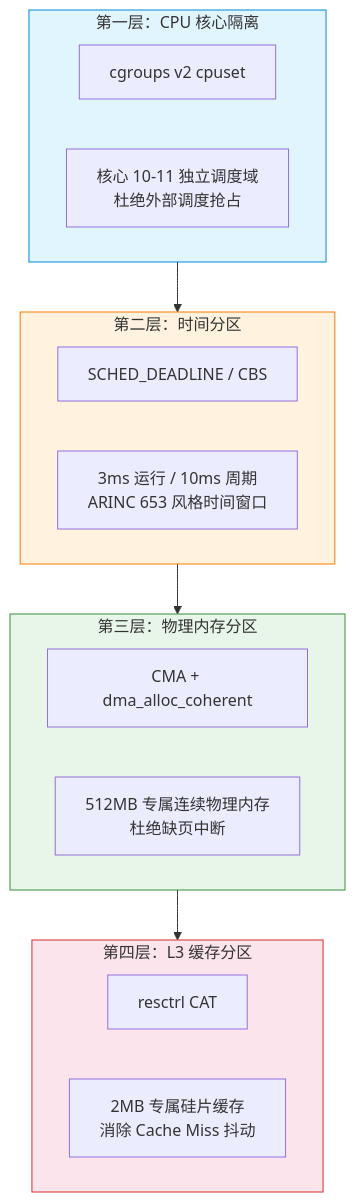
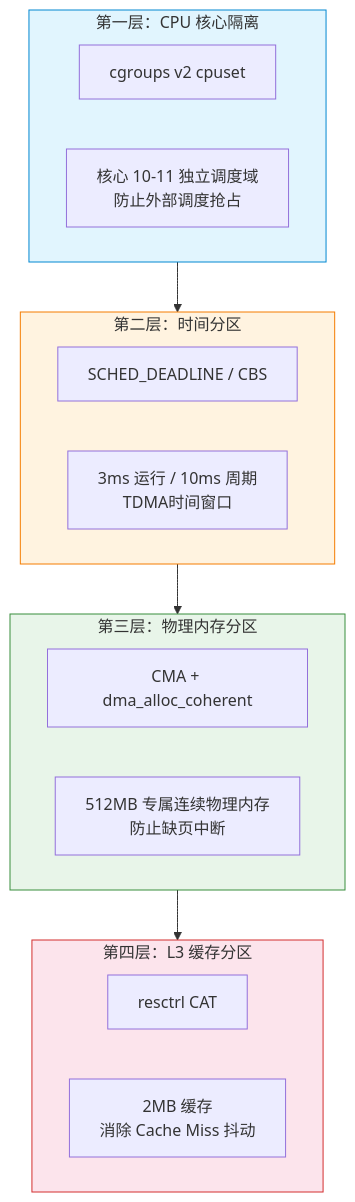
The diagram in README.md (ddegenerate/avionics-based-on-Linux), drawn with Mermaid before and after one commit.

````diff
--- a/README.md
+++ b/README.md
@@ -21,28 +21,28 @@
 ```mermaid
 graph TB
     subgraph L4["第四层：L3 缓存分区"]
         D1["resctrl CAT"]
-        D2["2MB 专属硅片缓存<br/>消除 Cache Miss 抖动"]
+        D2["2MB 缓存<br/>消除 Cache Miss 抖动"]
     end
 
     subgraph L3["第三层：物理内存分区"]
         C1["CMA + dma_alloc_coherent"]
-        C2["512MB 专属连续物理内存<br/>杜绝缺页中断"]
+        C2["512MB 专属连续物理内存<br/>防止缺页中断"]
     end
 
     subgraph L2["第二层：时间分区"]
         B1["SCHED_DEADLINE / CBS"]
-        B2["3ms 运行 / 10ms 周期<br/>ARINC 653 风格时间窗口"]
+        B2["3ms 运行 / 10ms 周期<br/>TDMA时间窗口"]
     end
 
     subgraph L1["第一层：CPU 核心隔离"]
         A1["cgroups v2 cpuset"]
-        A2["核心 10-11 独立调度域<br/>杜绝外部调度抢占"]
+        A2["核心 10-11 独立调度域<br/>防止外部调度抢占"]
     end
 
     L1 --> L2 --> L3 --> L4
     style L1 fill:#e1f5fe,stroke:#0288d1
     style L2 fill:#fff3e0,stroke:#f57c00
     style L3 fill:#e8f5e9,stroke:#388e3c
     style L4 fill:#fce4ec,stroke:#d32f2f
 ```
````
